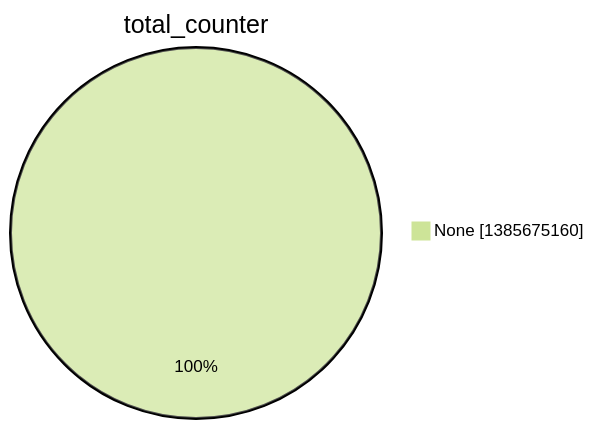
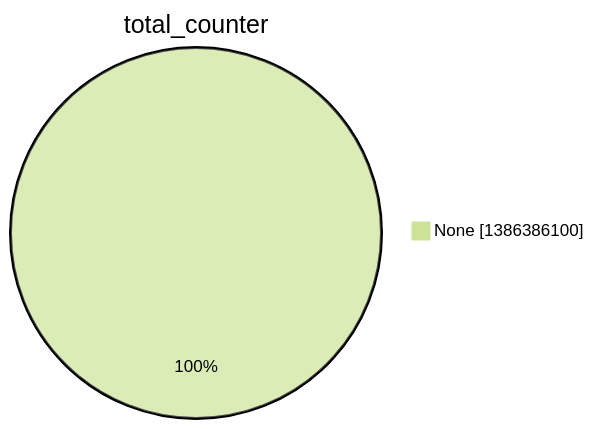
One commit to christiankrug/ctmonitor_visualization changed the second of 15 diagrams in argon2022/README.md. Above: the diagram before and after it, drawn with Mermaid (forest theme). The commit also changed other lines of this file, not shown here.

````diff
--- a/argon2022/README.md
+++ b/argon2022/README.md
@@ -9,5 +9,5 @@
 ```mermaid
 pie showData
 title total_counter
-"None" :1385675160
+"None" :1386386100
 ```
````
